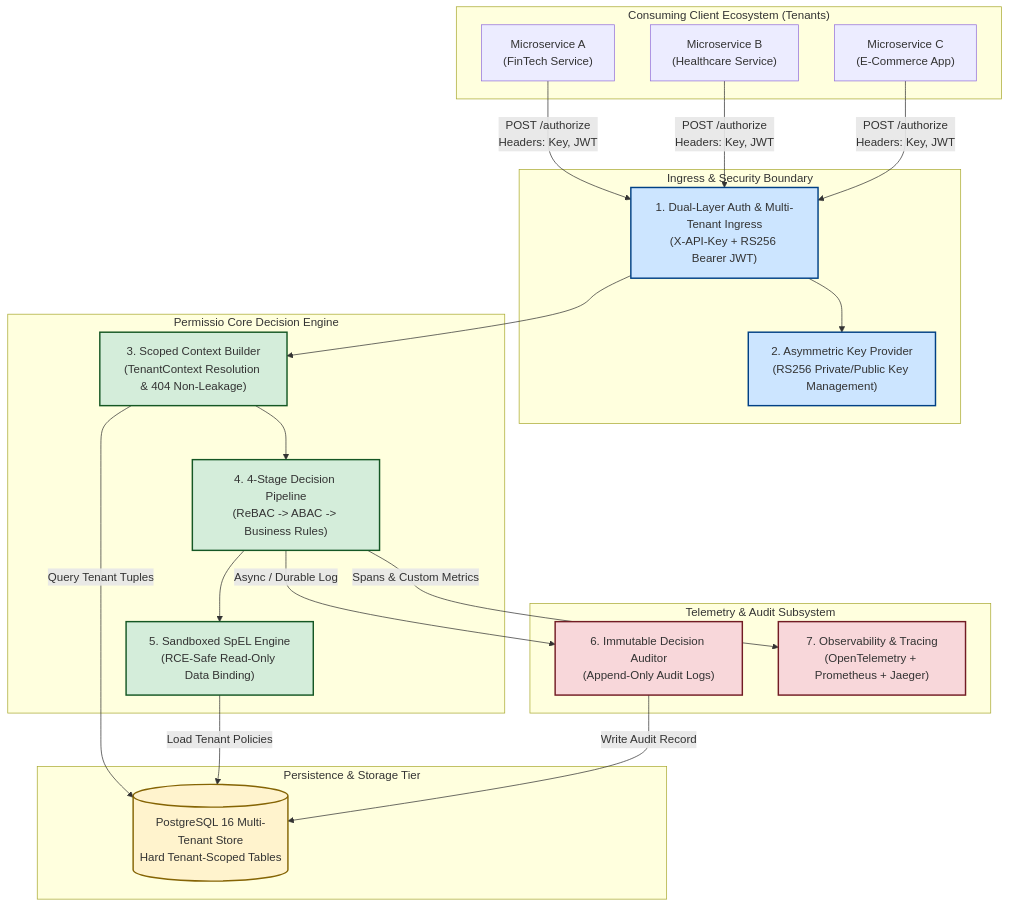
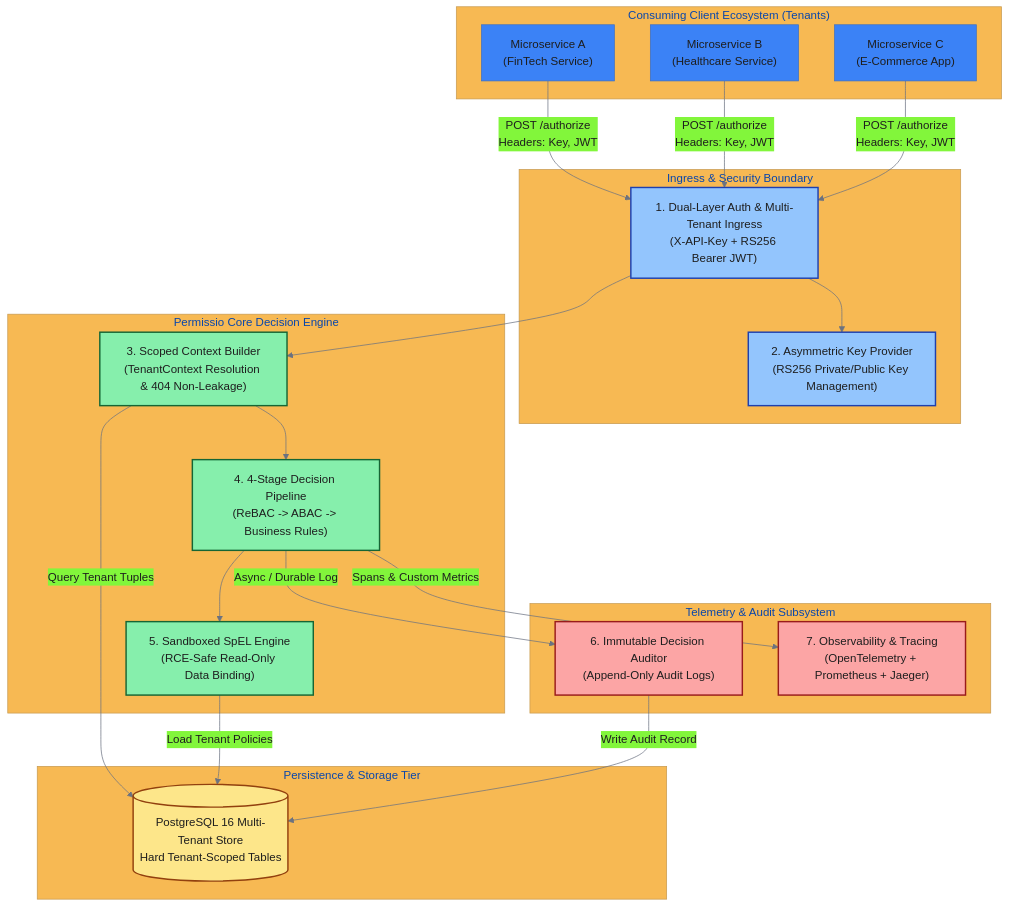
The first of 4 diagrams in docs/HLD_DESIGN.md (PerHac13/permissio), drawn with Mermaid before and after one commit. The commit also changed other lines of this file and 4 other files, not shown here.

Commit message:
fix(security): resolve RSA key decoding formats and enhance diagram contrast

````diff
--- a/docs/HLD_DESIGN.md
+++ b/docs/HLD_DESIGN.md
@@ -14,67 +14,68 @@
 ```mermaid
+%%{init: {'theme': 'base', 'themeVariables': {'primaryColor': '#3b82f6', 'primaryTextColor': '#1e1e1e', 'lineColor': '#6b7280', 'textColor': '#1e1e1e'}}}%%
 flowchart TB
     subgraph Clients["Consuming Client Ecosystem (Tenants)"]
         ClientApp1["Microservice A<br/>(FinTech Service)"]
         ClientApp2["Microservice B<br/>(Healthcare Service)"]
         ClientApp3["Microservice C<br/>(E-Commerce App)"]
     end
 
     subgraph Ingress["Ingress & Security Boundary"]
         SecurityFilter["1. Dual-Layer Auth & Multi-Tenant Ingress<br/>(X-API-Key + RS256 Bearer JWT)"]
         KeyProvider["2. Asymmetric Key Provider<br/>(RS256 Private/Public Key Management)"]
     end
 
     subgraph CoreEngine["Permissio Core Decision Engine"]
         ContextBuilder["3. Scoped Context Builder<br/>(TenantContext Resolution & 404 Non-Leakage)"]
         AuthzPipeline["4. 4-Stage Decision Pipeline<br/>(ReBAC -> ABAC -> Business Rules)"]
         SpelEngine["5. Sandboxed SpEL Engine<br/>(RCE-Safe Read-Only Data Binding)"]
     end
 
     subgraph DataTier["Persistence & Storage Tier"]
         DB[(PostgreSQL 16 Multi-Tenant Store<br/>Hard Tenant-Scoped Tables)]
     end
 
     subgraph TelemetryTier["Telemetry & Audit Subsystem"]
         AuditLogger["6. Immutable Decision Auditor<br/>(Append-Only Audit Logs)"]
         OTelExporter["7. Observability & Tracing<br/>(OpenTelemetry + Prometheus + Jaeger)"]
     end
 
     %% Ingress Connections
     ClientApp1 -->|POST /authorize<br/>Headers: Key, JWT| SecurityFilter
     ClientApp2 -->|POST /authorize<br/>Headers: Key, JWT| SecurityFilter
     ClientApp3 -->|POST /authorize<br/>Headers: Key, JWT| SecurityFilter
 
     SecurityFilter --> KeyProvider
     SecurityFilter --> ContextBuilder
     ContextBuilder --> AuthzPipeline
 
     %% Pipeline Connections
     AuthzPipeline --> SpelEngine
     ContextBuilder -->|Query Tenant Tuples| DB
     SpelEngine -->|Load Tenant Policies| DB
 
     %% Audit & Telemetry
     AuthzPipeline -->|Async / Durable Log| AuditLogger
     AuthzPipeline -->|Spans & Custom Metrics| OTelExporter
     AuditLogger -->|Write Audit Record| DB
 
     %% Interactive Click Links into LLD
     click SecurityFilter "UML_LLD_DESIGN.md#2-spring-security--multi-tenant-filter-chain" "Go to LLD: Filter Chain Sequence"
     click KeyProvider "UML_LLD_DESIGN.md#5-rs256-asymmetric-key-management--lifecycle" "Go to LLD: Key Management Lifecycle"
     click ContextBuilder "UML_LLD_DESIGN.md#4-post-apiv1authorize-evaluation-pipeline" "Go to LLD: Context Builder & Non-Existence Leakage"
     click AuthzPipeline "UML_LLD_DESIGN.md#3-authorization-engine-uml-class-diagram" "Go to LLD: Class Diagram & Pipeline"
     click SpelEngine "UML_LLD_DESIGN.md#6-sandboxed-spel-expression-evaluation-architecture" "Go to LLD: Sandboxed SpEL Engine"
     click DB "UML_LLD_DESIGN.md#1-multi-tenant-entity-relationship-diagram-erd" "Go to LLD: Entity Relationship Diagram"
     click AuditLogger "UML_LLD_DESIGN.md#1-multi-tenant-entity-relationship-diagram-erd" "Go to LLD: Audit Log Schema"
     click OTelExporter "UML_LLD_DESIGN.md#2-spring-security--multi-tenant-filter-chain" "Go to LLD: Trace Context & MDC Correlation"
 
-    classDef ingressStyle fill:#cce5ff,stroke:#004085,stroke-width:2px;
-    classDef engineStyle fill:#d4edda,stroke:#155724,stroke-width:2px;
-    classDef dataStyle fill:#fff3cd,stroke:#856404,stroke-width:2px;
-    classDef teleStyle fill:#f8d7da,stroke:#721c24,stroke-width:2px;
+    classDef ingressStyle fill:#93c5fd,stroke:#1e40af,stroke-width:2px,color:#1e1e1e;
+    classDef engineStyle fill:#86efac,stroke:#166534,stroke-width:2px,color:#1e1e1e;
+    classDef dataStyle fill:#fde68a,stroke:#92400e,stroke-width:2px,color:#1e1e1e;
+    classDef teleStyle fill:#fca5a5,stroke:#991b1b,stroke-width:2px,color:#1e1e1e;
 
     class SecurityFilter,KeyProvider ingressStyle;
     class ContextBuilder,AuthzPipeline,SpelEngine engineStyle;
     class DB dataStyle;
     class AuditLogger,OTelExporter teleStyle;
 ```
````
